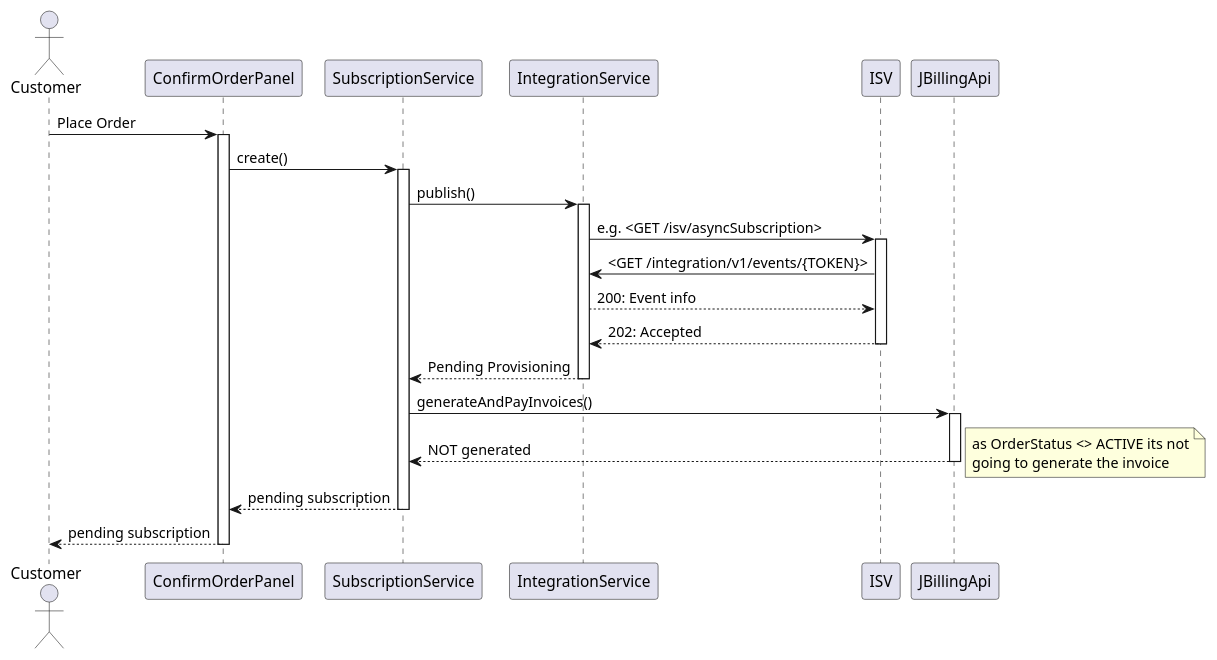
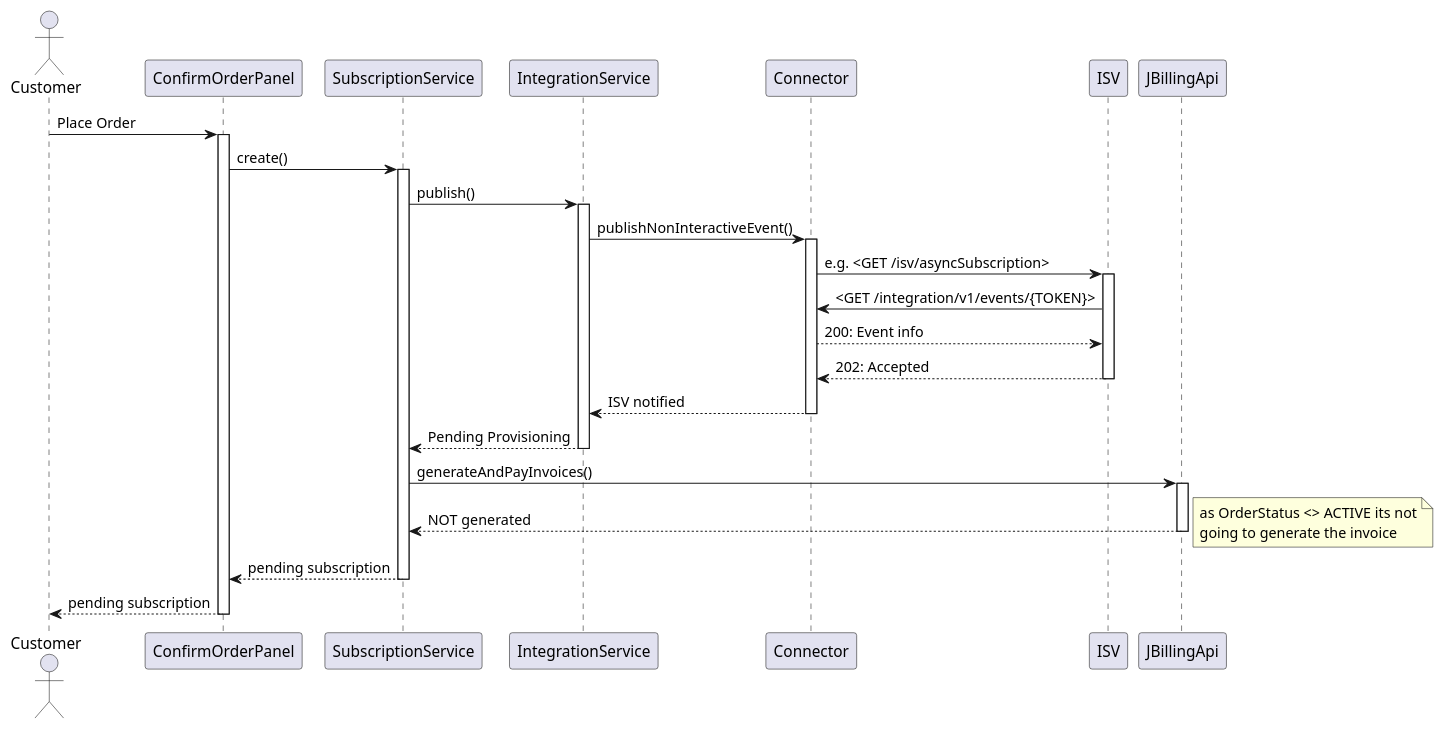
One commit to leoluz/umlrepo changed the diagram in dsl/ds/subscription/asynchronousAppProvisioning.puml. Above: the diagram before and after it, drawn with PlantUML.

Commit message:
add the connector

```diff
--- a/dsl/ds/subscription/asynchronousAppProvisioning.puml
+++ b/dsl/ds/subscription/asynchronousAppProvisioning.puml
@@ -1,26 +1,30 @@
 @startuml
 actor Customer
 Customer -> ConfirmOrderPanel : Place Order
 activate ConfirmOrderPanel
 ConfirmOrderPanel -> SubscriptionService : create()
 activate SubscriptionService
 SubscriptionService -> IntegrationService : publish()
 activate IntegrationService
-IntegrationService -> ISV : e.g. <GET /isv/asyncSubscription>
+IntegrationService -> Connector : publishNonInteractiveEvent()
+activate Connector
+Connector -> ISV : e.g. <GET /isv/asyncSubscription>
 activate ISV
-IntegrationService <- ISV : <GET /integration/v1/events/{TOKEN}>
-IntegrationService --> ISV : 200: Event info
-IntegrationService <-- ISV : 202: Accepted
+Connector <- ISV : <GET /integration/v1/events/{TOKEN}>
+Connector --> ISV : 200: Event info
+Connector <-- ISV : 202: Accepted
 deactivate ISV
+IntegrationService <-- Connector : ISV notified
+deactivate Connector
 SubscriptionService <-- IntegrationService : Pending Provisioning
 deactivate IntegrationService
 SubscriptionService -> JBillingApi : generateAndPayInvoices()
 activate JBillingApi
 SubscriptionService <-- JBillingApi : NOT generated
-note right: as OrderStatus <> ACTIVE its not\ngoing to generate the invoice  
+note right: as OrderStatus <> ACTIVE its not\ngoing to generate the invoice
 deactivate JBillingApi
 ConfirmOrderPanel <-- SubscriptionService : pending subscription
 deactivate SubscriptionService
 Customer <-- ConfirmOrderPanel : pending subscription
 deactivate ConfirmOrderPanel
 @enduml
```
